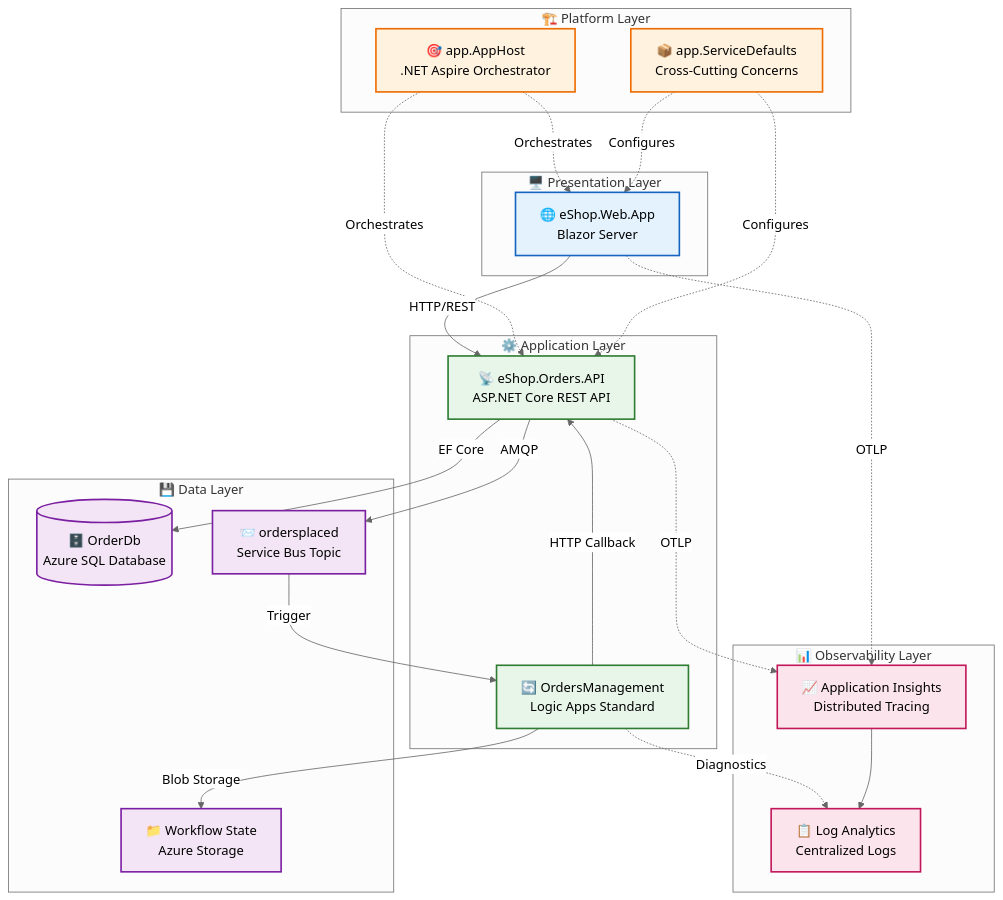
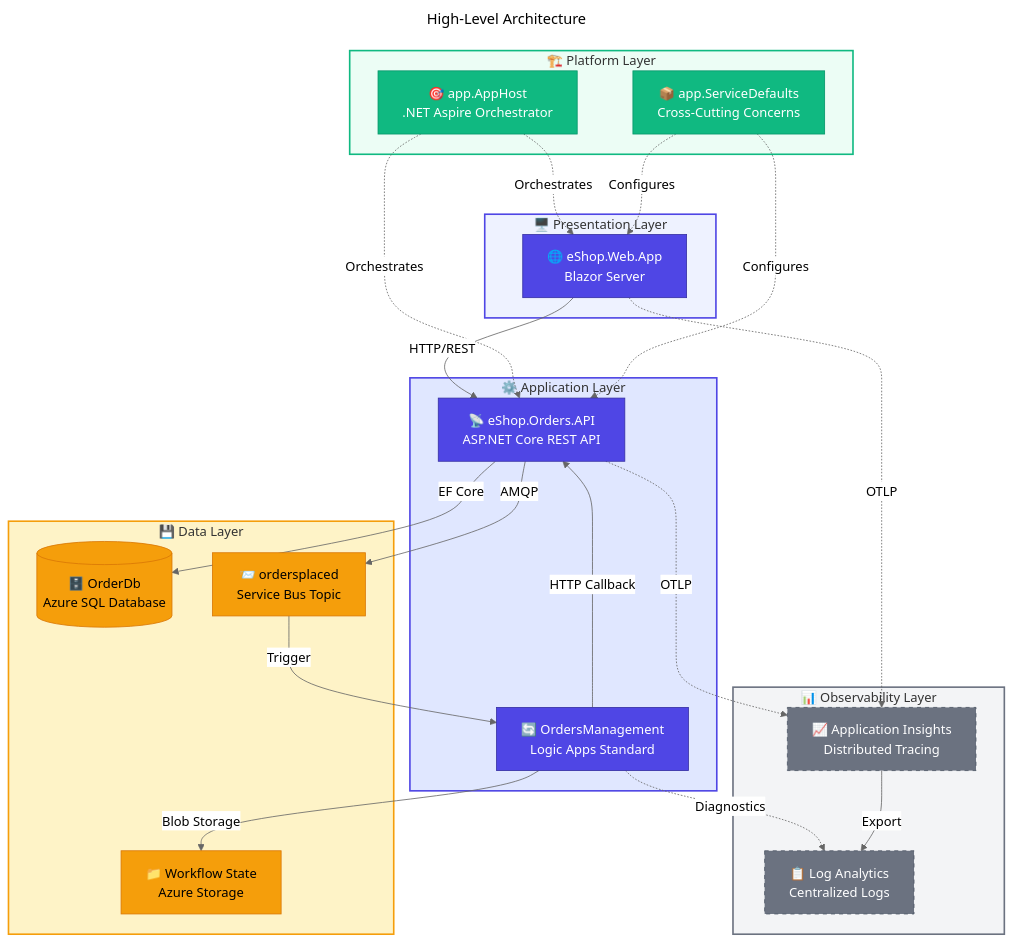
The diagram in docs/architecture/README.md (Evilazaro/Azure-LogicApps-Monitoring), drawn with Mermaid (neutral theme) before and after one commit. The commit also changed 1 other file, not shown here.

Commit message:
feat: Update architecture documentation with capability maps and enhanced visual styles

````diff
--- a/docs/architecture/README.md
+++ b/docs/architecture/README.md
@@ -24,56 +24,73 @@
 ```mermaid
+---
+title: High-Level Architecture
+---
 flowchart TD
+    %% ===== PRESENTATION LAYER =====
     subgraph Presentation["🖥️ Presentation Layer"]
         WebApp["🌐 eShop.Web.App<br/>Blazor Server"]
     end
 
+    %% ===== APPLICATION LAYER =====
     subgraph Application["⚙️ Application Layer"]
         API["📡 eShop.Orders.API<br/>ASP.NET Core REST API"]
         LogicApp["🔄 OrdersManagement<br/>Logic Apps Standard"]
     end
 
+    %% ===== PLATFORM LAYER =====
     subgraph Platform["🏗️ Platform Layer"]
         Aspire["🎯 app.AppHost<br/>.NET Aspire Orchestrator"]
         Defaults["📦 app.ServiceDefaults<br/>Cross-Cutting Concerns"]
     end
 
+    %% ===== DATA LAYER =====
     subgraph Data["💾 Data Layer"]
         SQL[("🗄️ OrderDb<br/>Azure SQL Database")]
         ServiceBus["📨 ordersplaced<br/>Service Bus Topic"]
         Storage["📁 Workflow State<br/>Azure Storage"]
     end
 
+    %% ===== OBSERVABILITY LAYER =====
     subgraph Observability["📊 Observability Layer"]
         AppInsights["📈 Application Insights<br/>Distributed Tracing"]
         LogAnalytics["📋 Log Analytics<br/>Centralized Logs"]
     end
 
+    %% ===== CONNECTIONS =====
     WebApp -->|"HTTP/REST"| API
     API -->|"EF Core"| SQL
     API -->|"AMQP"| ServiceBus
     ServiceBus -->|"Trigger"| LogicApp
     LogicApp -->|"HTTP Callback"| API
     LogicApp -->|"Blob Storage"| Storage
 
     Aspire -.->|"Orchestrates"| WebApp
     Aspire -.->|"Orchestrates"| API
     Defaults -.->|"Configures"| WebApp
     Defaults -.->|"Configures"| API
 
     API -.->|"OTLP"| AppInsights
     WebApp -.->|"OTLP"| AppInsights
     LogicApp -.->|"Diagnostics"| LogAnalytics
-    AppInsights --> LogAnalytics
+    AppInsights -->|"Export"| LogAnalytics
 
-    classDef presentation fill:#e3f2fd,stroke:#1565c0,stroke-width:2px
-    classDef application fill:#e8f5e9,stroke:#2e7d32,stroke-width:2px
-    classDef platform fill:#fff3e0,stroke:#ef6c00,stroke-width:2px
-    classDef data fill:#f3e5f5,stroke:#7b1fa2,stroke-width:2px
-    classDef observability fill:#fce4ec,stroke:#c2185b,stroke-width:2px
+    %% ===== STYLES - NODE CLASSES =====
+    classDef primary fill:#4F46E5,stroke:#3730A3,color:#FFFFFF
+    classDef secondary fill:#10B981,stroke:#059669,color:#FFFFFF
+    classDef datastore fill:#F59E0B,stroke:#D97706,color:#000000
+    classDef external fill:#6B7280,stroke:#4B5563,color:#FFFFFF,stroke-dasharray:5 5
 
-    class WebApp presentation
-    class API,LogicApp application
-    class Aspire,Defaults platform
-    class SQL,ServiceBus,Storage data
-    class AppInsights,LogAnalytics observability
+    %% ===== CLASS ASSIGNMENTS =====
+    class WebApp primary
+    class API,LogicApp primary
+    class Aspire,Defaults secondary
+    class SQL,ServiceBus,Storage datastore
+    class AppInsights,LogAnalytics external
+
+    %% ===== SUBGRAPH STYLES =====
+    style Presentation fill:#EEF2FF,stroke:#4F46E5,stroke-width:2px
+    style Application fill:#E0E7FF,stroke:#4F46E5,stroke-width:2px
+    style Platform fill:#ECFDF5,stroke:#10B981,stroke-width:2px
+    style Data fill:#FEF3C7,stroke:#F59E0B,stroke-width:2px
+    style Observability fill:#F3F4F6,stroke:#6B7280,stroke-width:2px
 ```
````
